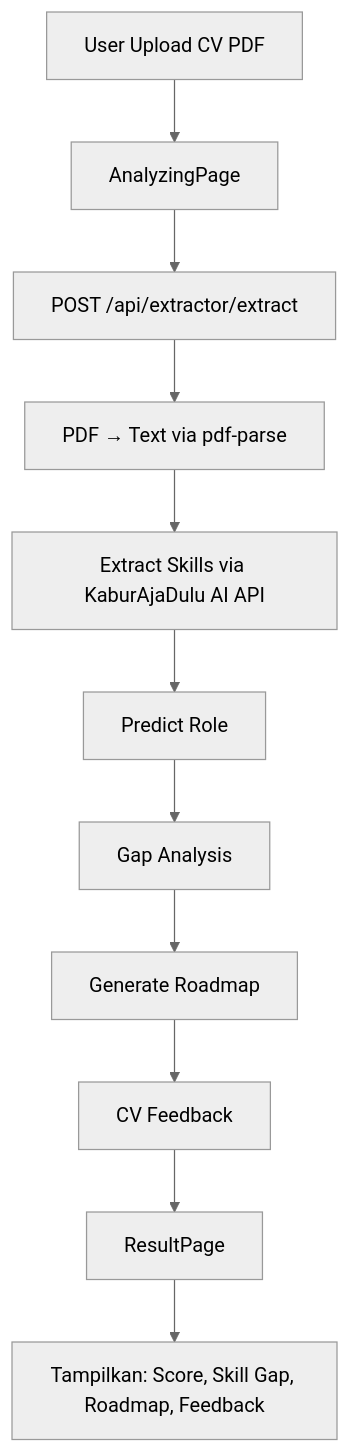
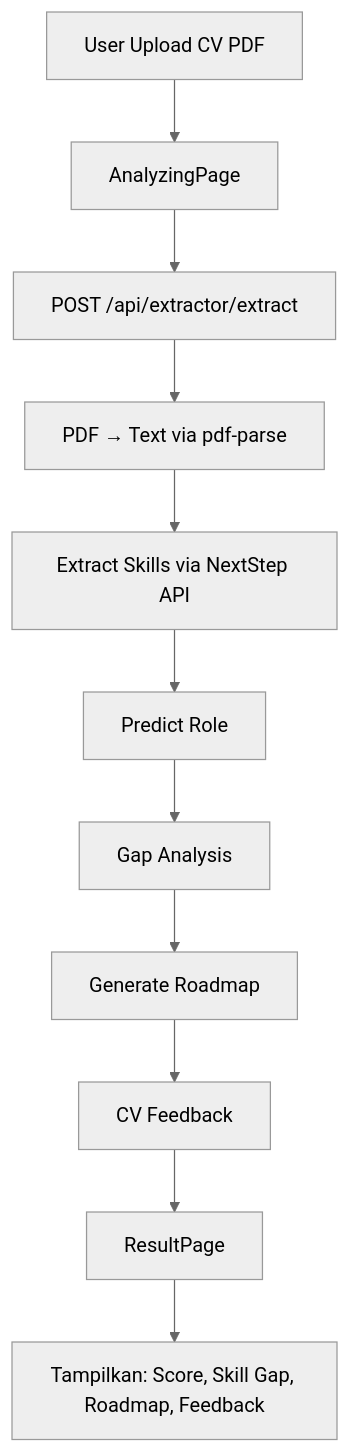
Before and after one commit to NaraMizaru/kabur-aja-dulu-ai-web: the diagram in README.md, drawn with Mermaid (neutral theme). The commit also changed other lines of this file and 14 other files, not shown here.

Commit message:
chore: rename project from KaburAjaDulu AI to NextStep

````diff
--- a/README.md
+++ b/README.md
@@ -57,13 +57,13 @@
 ```mermaid
 graph TD
     A[User Upload CV PDF] --> B[AnalyzingPage]
     B --> C[POST /api/extractor/extract]
     C --> D[PDF → Text via pdf-parse]
-    D --> E[Extract Skills via KaburAjaDulu AI API]
+    D --> E[Extract Skills via NextStep API]
     E --> F[Predict Role]
     F --> G[Gap Analysis]
     G --> H[Generate Roadmap]
     H --> I[CV Feedback]
     I --> J[ResultPage]
     J --> K[Tampilkan: Score, Skill Gap, Roadmap, Feedback]
 ```
````
